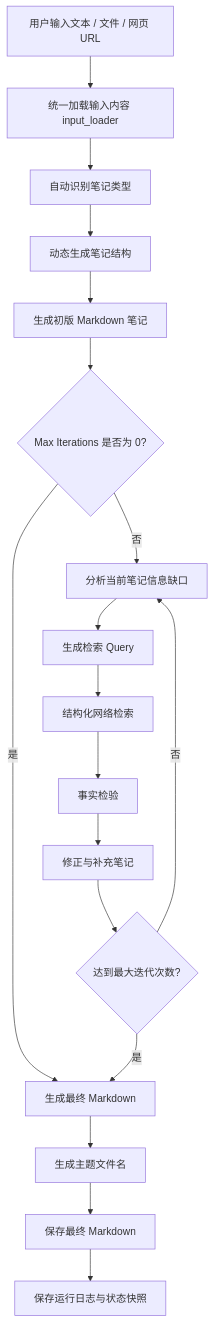
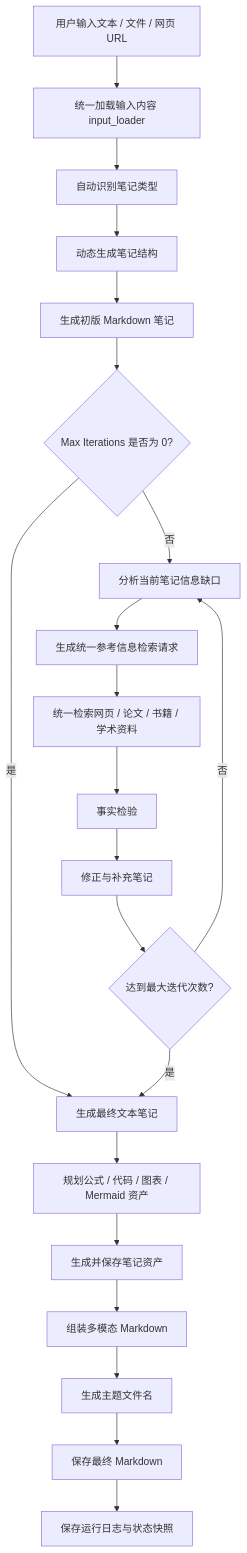
The diagram in README.md (lilBlil/note-agent), drawn with Mermaid before and after one commit. The commit also changed other lines of this file and 30 other files, not shown here.

````diff
--- a/README.md
+++ b/README.md
@@ -156,39 +377,45 @@
 ```mermaid
 flowchart TD
 
 A[用户输入文本 / 文件 / 网页 URL]
 
 A --> B[统一加载输入内容 input_loader]
 
 B --> C[自动识别笔记类型]
 
 C --> D[动态生成笔记结构]
 
 D --> E[生成初版 Markdown 笔记]
 
 E --> F{Max Iterations 是否为 0?}
 
-F -- 是 --> M[生成最终 Markdown]
+F -- 是 --> M[生成最终文本笔记]
 
 F -- 否 --> G[分析当前笔记信息缺口]
 
-G --> H[生成检索 Query]
+G --> H[生成统一参考信息检索请求]
 
-H --> I[结构化网络检索]
+H --> I[统一检索网页 / 论文 / 书籍 / 学术资料]
 
 I --> J[事实检验]
 
 J --> K[修正与补充笔记]
 
 K --> L{达到最大迭代次数?}
 
 L -- 否 --> G
 
-L -- 是 --> M[生成最终 Markdown]
+L -- 是 --> M[生成最终文本笔记]
 
-M --> N[生成主题文件名]
+M --> N[规划公式 / 代码 / 图表 / Mermaid 资产]
 
-N --> O[保存最终 Markdown]
+N --> O[生成并保存笔记资产]
 
-O --> P[保存运行日志与状态快照]
+O --> P[组装多模态 Markdown]
+
+P --> Q[生成主题文件名]
+
+Q --> R[保存最终 Markdown]
+
+R --> S[保存运行日志与状态快照]
 ```
````
